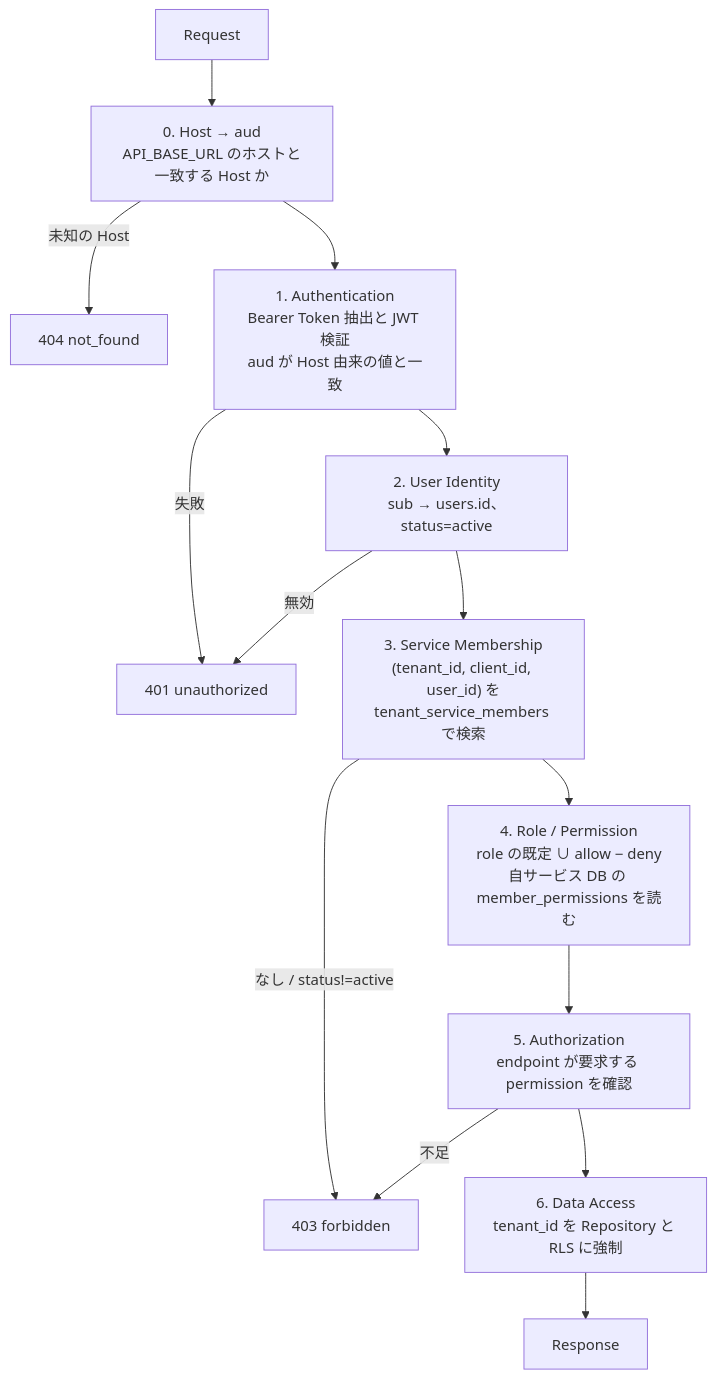
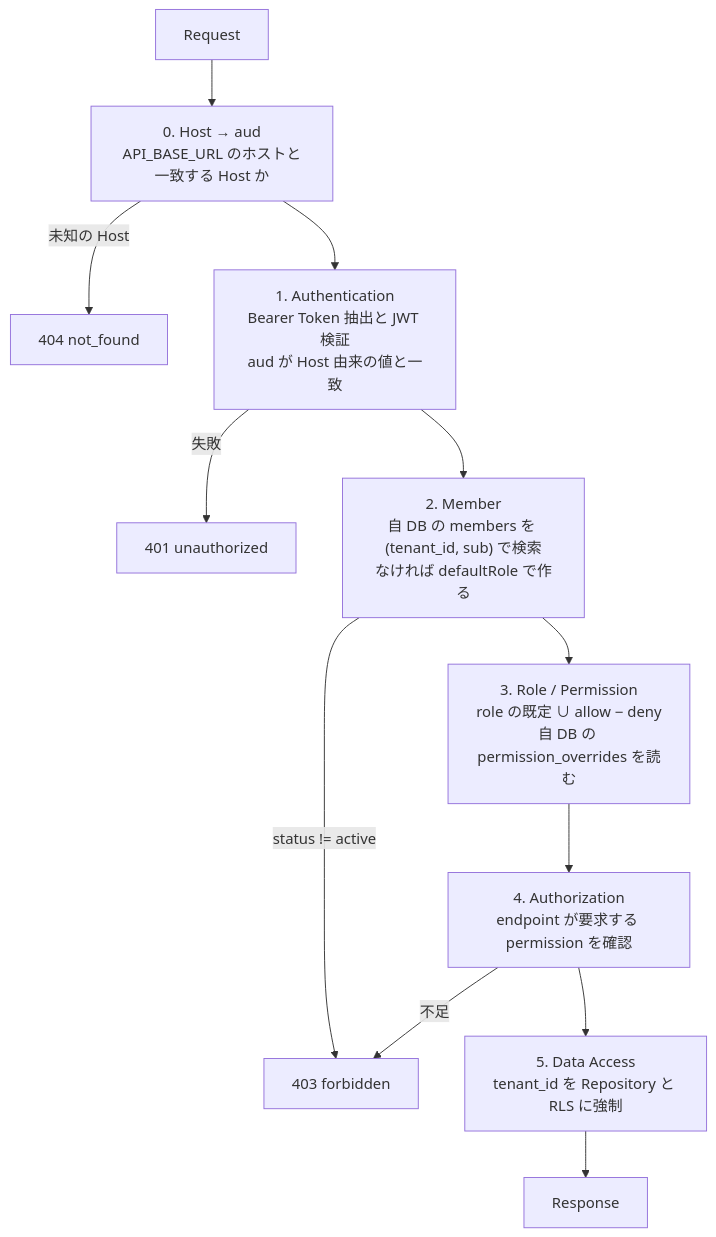
Before and after one commit to daisuke-tanabe/multi-domain-sandbox: the diagram in docs/design/07-api-auth-design.md, drawn with Mermaid. The commit also changed other lines of this file and 97 other files, not shown here.

````diff
--- a/docs/design/07-api-auth-design.md
+++ b/docs/design/07-api-auth-design.md
@@ -15,16 +16,14 @@
 ```mermaid
 flowchart TD
     A["Request"] --> A0["0. Host → aud<br/>API_BASE_URL のホストと一致する Host か"]
     A0 -- 未知の Host --> E0["404 not_found"]
     A0 --> B["1. Authentication<br/>Bearer Token 抽出と JWT 検証<br/>aud が Host 由来の値と一致"]
     B -- 失敗 --> E1["401 unauthorized"]
-    B --> C["2. User Identity<br/>sub → users.id、status=active"]
-    C -- 無効 --> E1
-    C --> D["3. Service Membership<br/>(tenant_id, client_id, user_id) を<br/>tenant_service_members で検索"]
-    D -- なし / status!=active --> E2["403 forbidden"]
-    D --> F["4. Role / Permission<br/>role の既定 ∪ allow − deny<br/>自サービス DB の member_permissions を読む"]
-    F --> G["5. Authorization<br/>endpoint が要求する permission を確認"]
+    B --> C["2. Member<br/>自 DB の members を (tenant_id, sub) で検索<br/>なければ defaultRole で作る"]
+    C -- status != active --> E2["403 forbidden"]
+    C --> F["3. Role / Permission<br/>role の既定 ∪ allow − deny<br/>自 DB の permission_overrides を読む"]
+    F --> G["4. Authorization<br/>endpoint が要求する permission を確認"]
     G -- 不足 --> E2
-    G --> H["6. Data Access<br/>tenant_id を Repository と RLS に強制"]
+    G --> H["5. Data Access<br/>tenant_id を Repository と RLS に強制"]
     H --> I["Response"]
 ```
````
